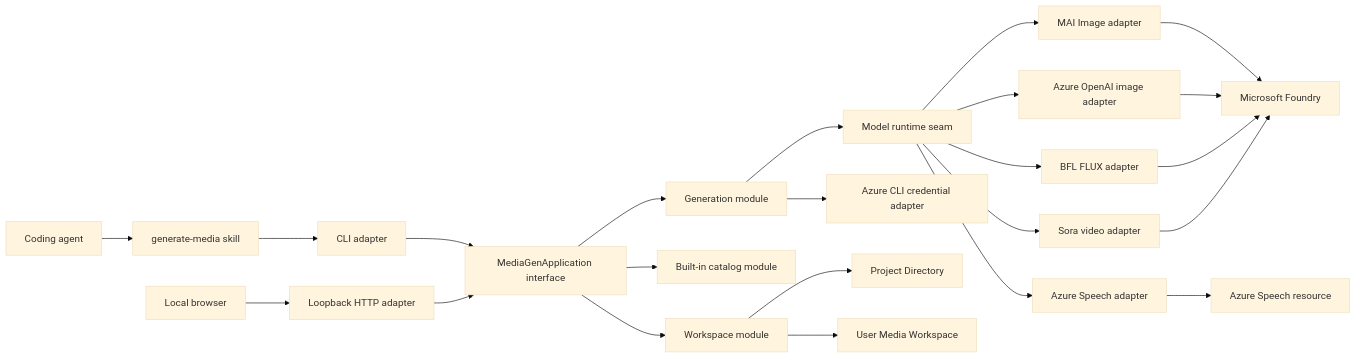
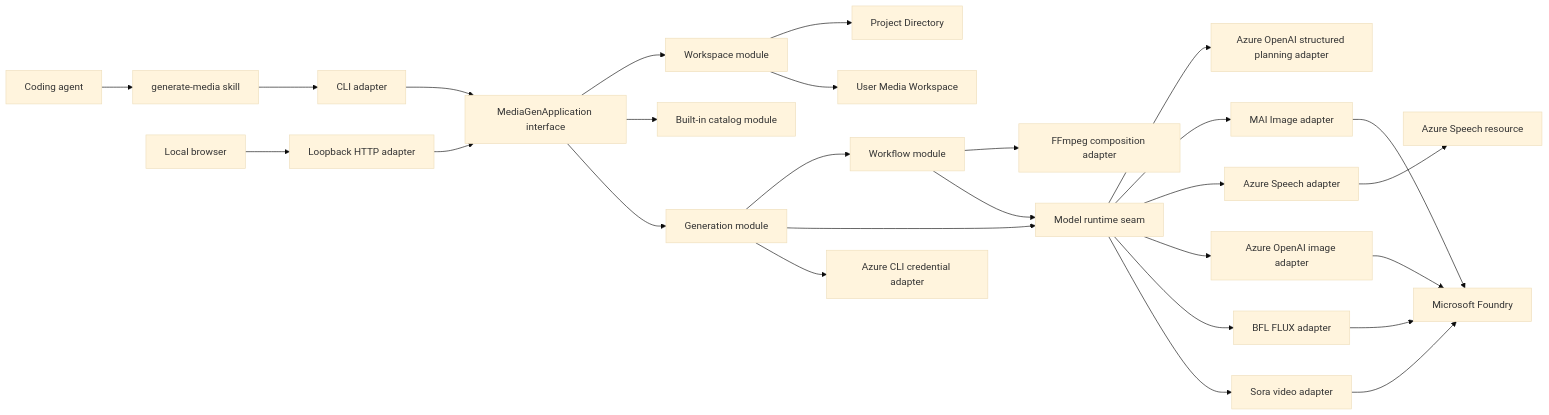
The diagram in docs/architecture.md (therealjohn/media-generator), drawn with Mermaid (base theme) before and after one commit. The commit also changed other lines of this file and 79 other files, not shown here.

````diff
--- a/docs/architecture.md
+++ b/docs/architecture.md
@@ -18,25 +18,29 @@
 ```mermaid
 flowchart LR
     Agent[Coding agent] --> Skill[generate-media skill]
     Skill --> CLI[CLI adapter]
     Browser[Local browser] --> HTTP[Loopback HTTP adapter]
     CLI --> App[MediaGenApplication interface]
     HTTP --> App
     App --> Workspace[Workspace module]
     App --> Catalog[Built-in catalog module]
     App --> Generation[Generation module]
+    Generation --> Workflow[Workflow module]
+    Workflow --> Composer[FFmpeg composition adapter]
     Generation --> Runtime[Model runtime seam]
+    Workflow --> Runtime
+    Runtime --> Planner[Azure OpenAI structured planning adapter]
     Runtime --> MAI[MAI Image adapter]
     Runtime --> Speech[Azure Speech adapter]
     Runtime --> OpenAI[Azure OpenAI image adapter]
     Runtime --> BFL[BFL FLUX adapter]
     Runtime --> Sora[Sora video adapter]
     Generation --> Auth[Azure CLI credential adapter]
     Workspace --> Project[Project Directory]
     Workspace --> Home[User Media Workspace]
     MAI --> Foundry[Microsoft Foundry]
     Speech --> AzureSpeech[Azure Speech resource]
     OpenAI --> Foundry
     BFL --> Foundry
     Sora --> Foundry
 ```
````
